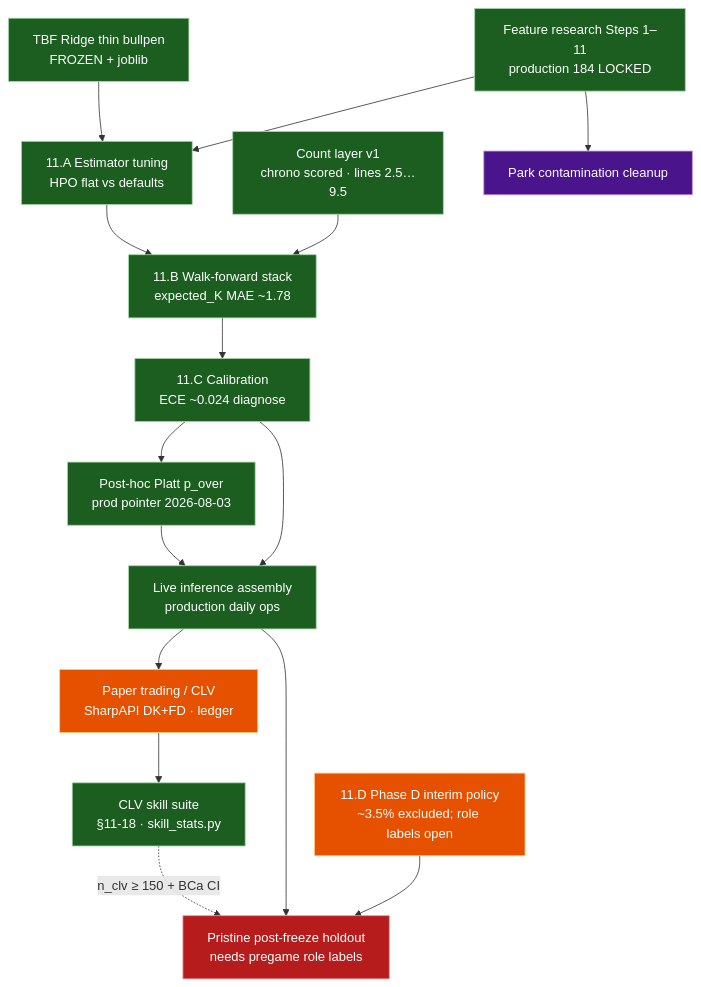
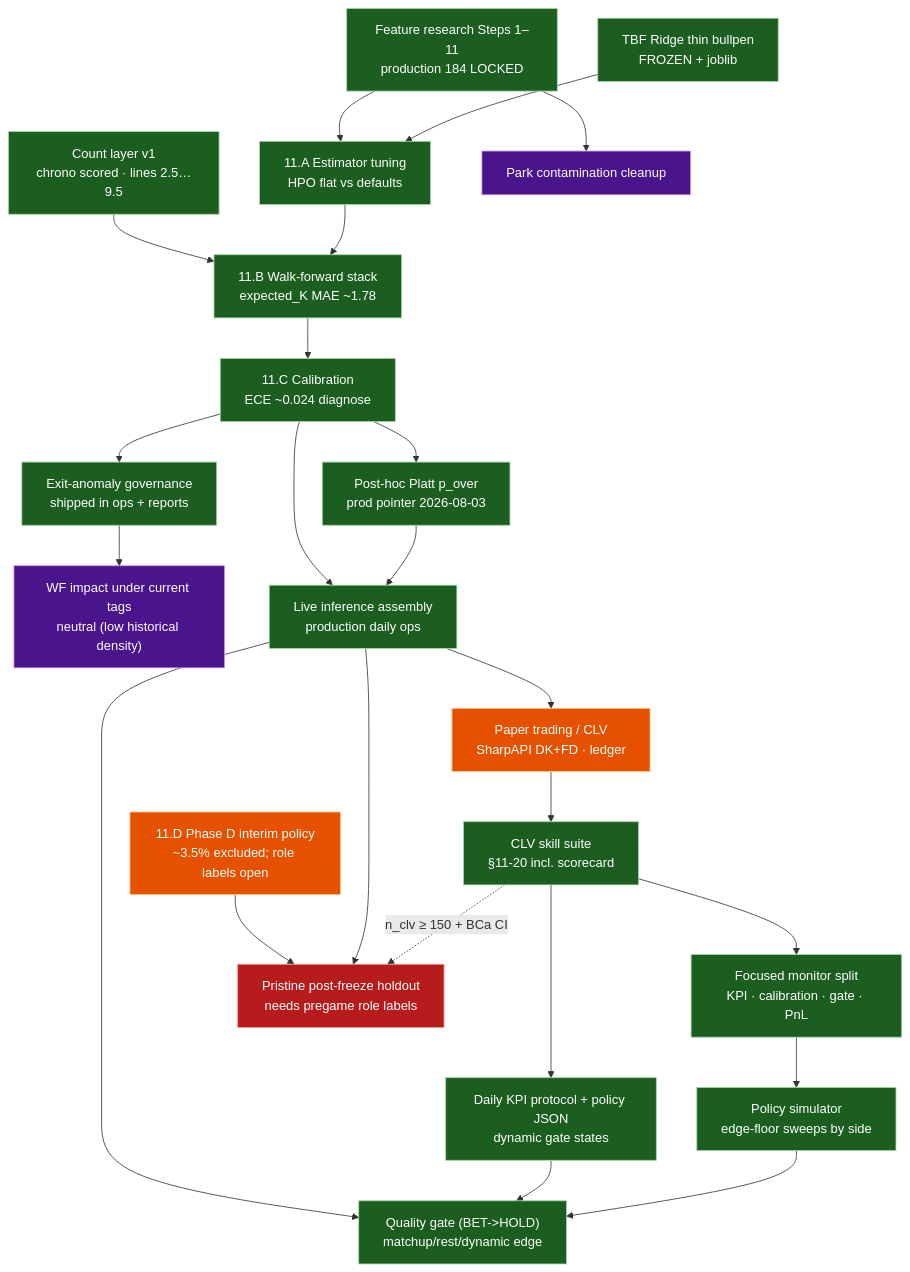
Before and after one commit to Cbkaplinger/MLB-Props: the diagram in docs/diagrams/04-roadmap.md, drawn with Mermaid. The commit also changed other lines of this file and 64 other files, not shown here.

First line of the commit message:
Ship anomaly governance and refresh research/ops documentation.

````diff
--- a/docs/diagrams/04-roadmap.md
+++ b/docs/diagrams/04-roadmap.md
@@ -7,38 +7,51 @@
 ```mermaid
 flowchart TB
   classDef built fill:#1b5e20,stroke:#a5d6a7,color:#fff
   classDef partial fill:#e65100,stroke:#ffcc80,color:#fff
   classDef missing fill:#b71c1c,stroke:#ef9a9a,color:#fff
   classDef risk fill:#4a148c,stroke:#ce93d8,color:#fff
   classDef next fill:#01579b,stroke:#81d4fa,color:#fff
 
   FEAT["Feature research Steps 1–11<br/>production 184 LOCKED"]:::built
   TBF["TBF Ridge thin bullpen<br/>FROZEN + joblib"]:::built
   CNT["Count layer v1<br/>chrono scored · lines 2.5…9.5"]:::built
 
   TUNE["11.A Estimator tuning<br/>HPO flat vs defaults"]:::built
   WF["11.B Walk-forward stack<br/>expected_K MAE ~1.78"]:::built
   CAL["11.C Calibration<br/>ECE ~0.024 diagnose"]:::built
   PCAL["Post-hoc Platt p_over<br/>prod pointer 2026-08-03"]:::built
   PHD["11.D Phase D interim policy<br/>~3.5% excluded; role labels open"]:::partial
+  ANOM["Exit-anomaly governance<br/>shipped in ops + reports"]:::built
+  ANOMEFF["WF impact under current tags<br/>neutral (low historical density)"]:::risk
 
   LIVE["Live inference assembly<br/>production daily ops"]:::built
   MKT["Paper trading / CLV<br/>SharpAPI DK+FD · ledger"]:::partial
-  SKILL["CLV skill suite<br/>§11-18 · skill_stats.py"]:::built
+  SKILL["CLV skill suite<br/>§11-20 incl. scorecard"]:::built
+  KPI["Daily KPI protocol + policy JSON<br/>dynamic gate states"]:::built
+  SPLIT["Focused monitor split<br/>KPI · calibration · gate · PnL"]:::built
+  PSIM["Policy simulator<br/>edge-floor sweeps by side"]:::built
+  GATE["Quality gate (BET->HOLD)<br/>matchup/rest/dynamic edge"]:::built
   HOLD["Pristine post-freeze holdout<br/>needs pregame role labels"]:::missing
   PARK["Park contamination cleanup"]:::risk
 
   FEAT --> TUNE
   TBF --> TUNE
   CNT --> WF
   TUNE --> WF --> CAL
   CAL --> PCAL
   PHD --> HOLD
   CAL --> LIVE
   PCAL --> LIVE
+  CAL --> ANOM --> ANOMEFF
   LIVE --> MKT
+  LIVE --> GATE
+  SKILL --> KPI
+  SKILL --> SPLIT
+  KPI --> GATE
+  PSIM --> GATE
+  SPLIT --> PSIM
   LIVE --> HOLD
   MKT --> SKILL
   SKILL -.->|"n_clv ≥ 150 + BCa CI"| HOLD
   FEAT --> PARK
 ```
````
